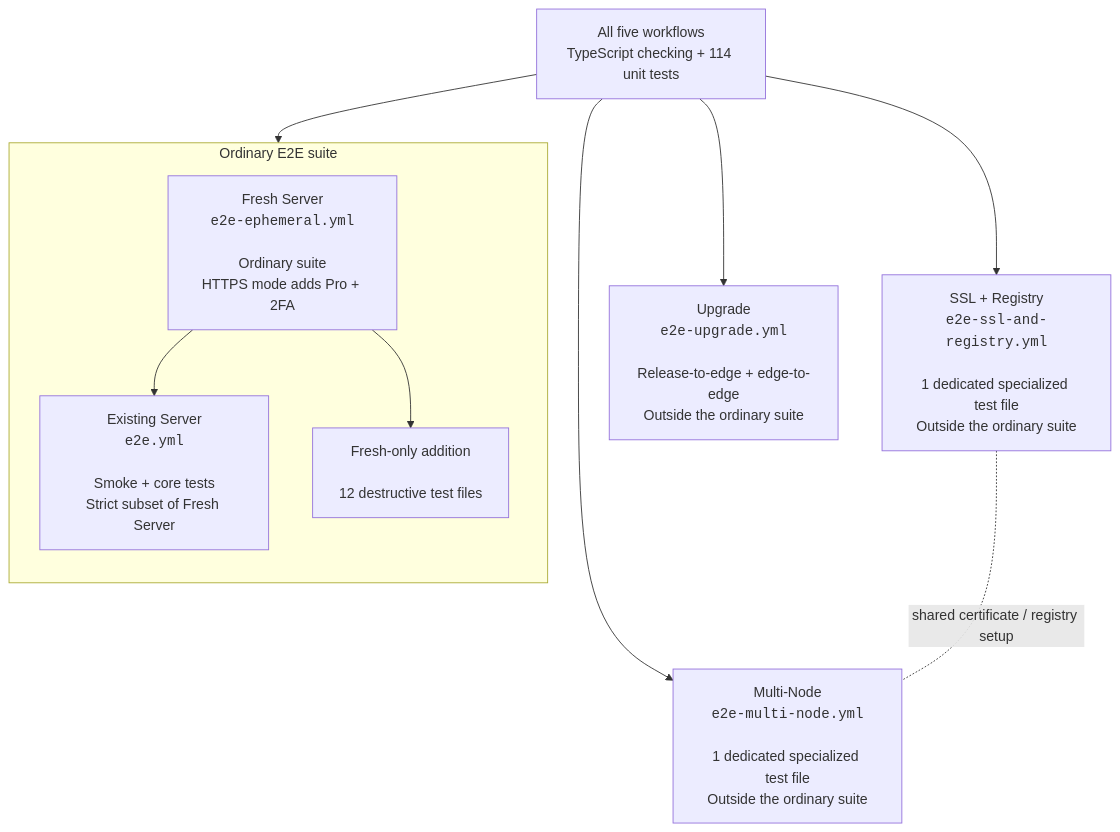
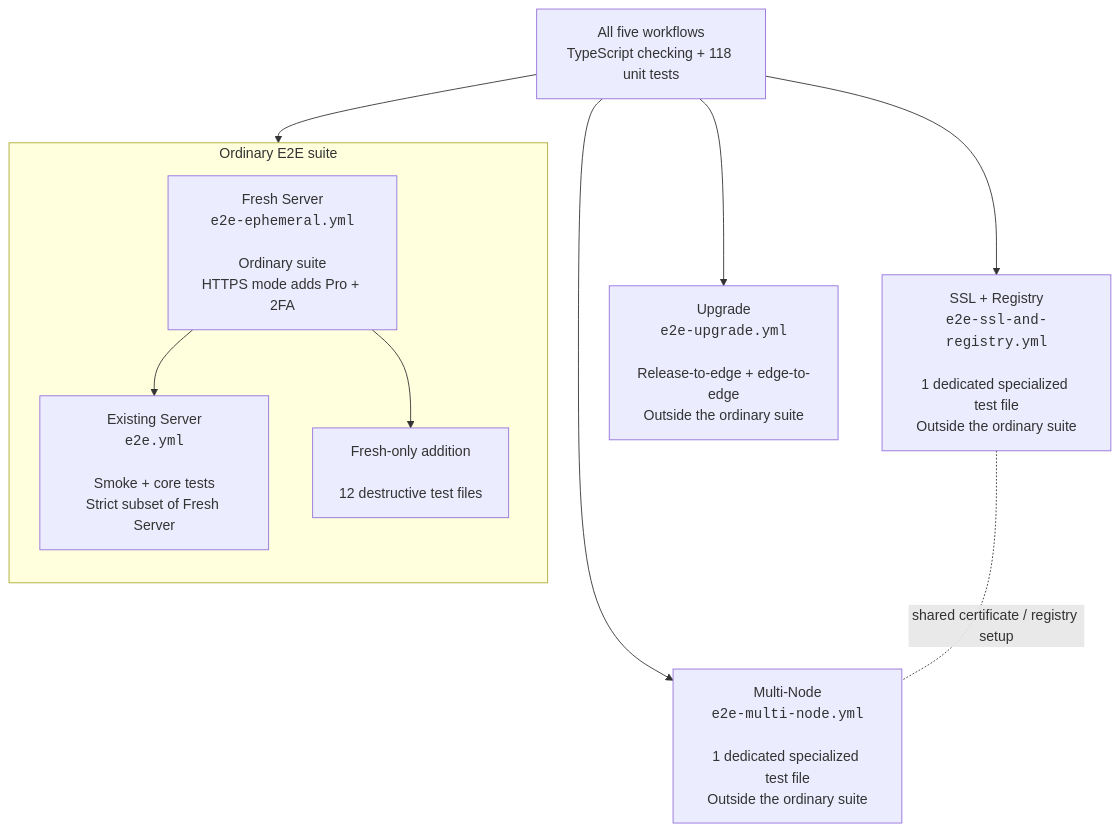
One commit to caprover/caprover-e2e changed the diagram in README.md. Above: the diagram before and after it, drawn with Mermaid. The commit also changed 3 other files, not shown here.

````diff
--- a/README.md
+++ b/README.md
@@ -134,30 +134,30 @@
 ```mermaid
 flowchart TB
-    ALL["All five workflows<br/>TypeScript checking + 114 unit tests"]
+    ALL["All five workflows<br/>TypeScript checking + 118 unit tests"]
 
     subgraph ORDINARY["Ordinary E2E suite"]
         direction TB
 
         FRESH["Fresh Server<br/><code>e2e-ephemeral.yml</code><br/><br/>Ordinary suite<br/>HTTPS mode adds Pro + 2FA"]
 
         EXISTING["Existing Server<br/><code>e2e.yml</code><br/><br/>Smoke + core tests<br/>Strict subset of Fresh Server"]
 
         EXTRA["Fresh-only addition<br/><br/>12 destructive test files"]
 
         FRESH --> EXISTING
         FRESH --> EXTRA
     end
 
     SSL["SSL + Registry<br/><code>e2e-ssl-and-registry.yml</code><br/><br/>1 dedicated specialized test file<br/>Outside the ordinary suite"]
 
     MULTI["Multi-Node<br/><code>e2e-multi-node.yml</code><br/><br/>1 dedicated specialized test file<br/>Outside the ordinary suite"]
 
     UPGRADE["Upgrade<br/><code>e2e-upgrade.yml</code><br/><br/>Release-to-edge + edge-to-edge<br/>Outside the ordinary suite"]
 
     ALL --> FRESH
     ALL --> SSL
     ALL --> MULTI
     ALL --> UPGRADE
 
     SSL -. shared certificate / registry setup .- MULTI
 ```
````
